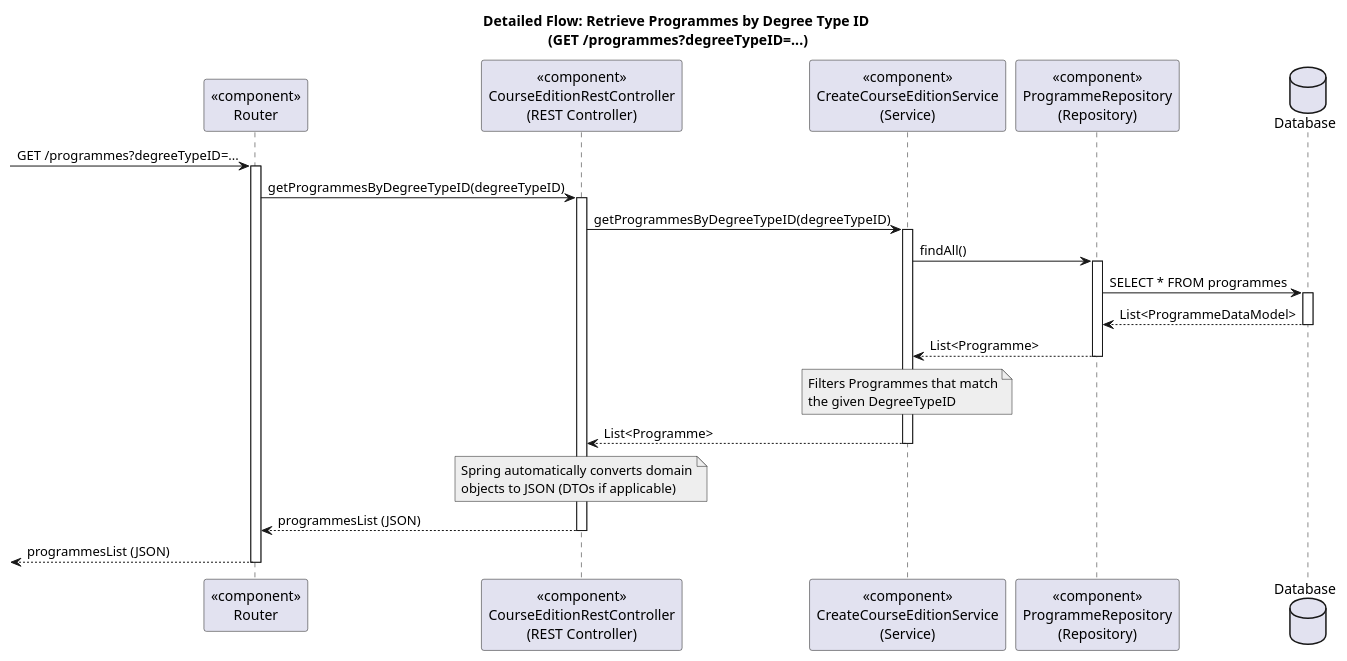
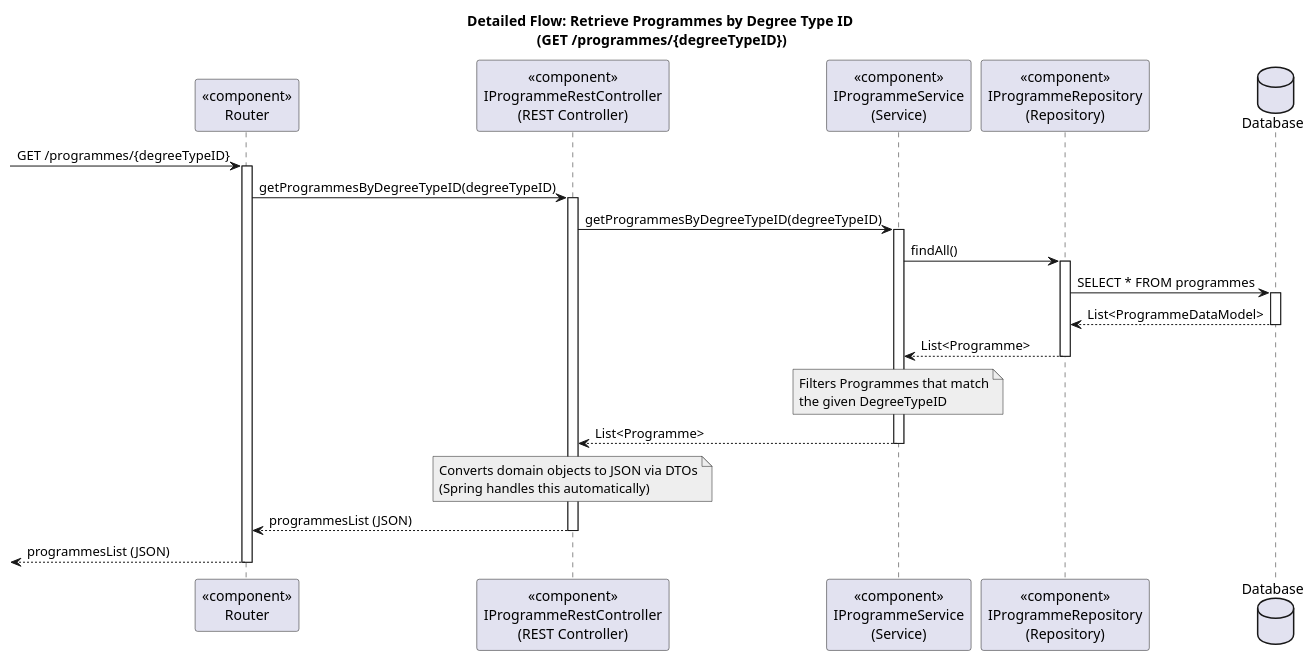
Before and after one commit to GasparISEP/DevOps-PAI: the diagram in docs/US19/Sprint6_RestAPI/ProcessView/references/Reference2_ListOfProgrammes.puml, drawn with PlantUML. The commit also changed 1 other file, not shown here.

Commit message:
[docs] Update detailed flow diagram for List Of Programmes by DegreeTypeID (reference in createCourseEdition level 3 process view diagram) to use respective REST controller and service (Refs: #536, #549)

```diff
--- a/docs/US19/Sprint6_RestAPI/ProcessView/references/Reference2_ListOfProgrammes.puml
+++ b/docs/US19/Sprint6_RestAPI/ProcessView/references/Reference2_ListOfProgrammes.puml
@@ -1,50 +1,50 @@
 @startuml
-title Detailed Flow: Retrieve Programmes by Degree Type ID \n(GET /programmes?degreeTypeID=...)
+title Detailed Flow: Retrieve Programmes by Degree Type ID \n(GET /programmes/{degreeTypeID})
 
 participant "<<component>>\nRouter" as Router
-participant "<<component>>\nCourseEditionRestController\n(REST Controller)" as Controller
-participant "<<component>>\nCreateCourseEditionService\n(Service)" as Service
-participant "<<component>>\nProgrammeRepository\n(Repository)" as Repository
+participant "<<component>>\nIProgrammeRestController\n(REST Controller)" as Controller
+participant "<<component>>\nIProgrammeService\n(Service)" as Service
+participant "<<component>>\nIProgrammeRepository\n(Repository)" as Repository
 database "Database" as DB
 
--> Router: GET /programmes?degreeTypeID=...
+-> Router: GET /programmes/{degreeTypeID}
 activate Router
 
 Router -> Controller: getProgrammesByDegreeTypeID(degreeTypeID)
 activate Controller
 
 Controller -> Service: getProgrammesByDegreeTypeID(degreeTypeID)
 activate Service
 
 Service -> Repository: findAll()
 activate Repository
 
 Repository -> DB: SELECT * FROM programmes
 activate DB
 
 DB --> Repository: List<ProgrammeDataModel>
 deactivate DB
 
 Repository --> Service: List<Programme>
 deactivate Repository
 
 note over Service #EEEEEE
 Filters Programmes that match
 the given DegreeTypeID
 end note
 
 Service --> Controller: List<Programme>
 deactivate Service
 
 note over Controller #EEEEEE
-Spring automatically converts domain
-objects to JSON (DTOs if applicable)
+Converts domain objects to JSON via DTOs
+(Spring handles this automatically)
 end note
 
 Controller --> Router: programmesList (JSON)
 deactivate Controller
 
 <-- Router: programmesList (JSON)
 deactivate Router
 
 @enduml
```
